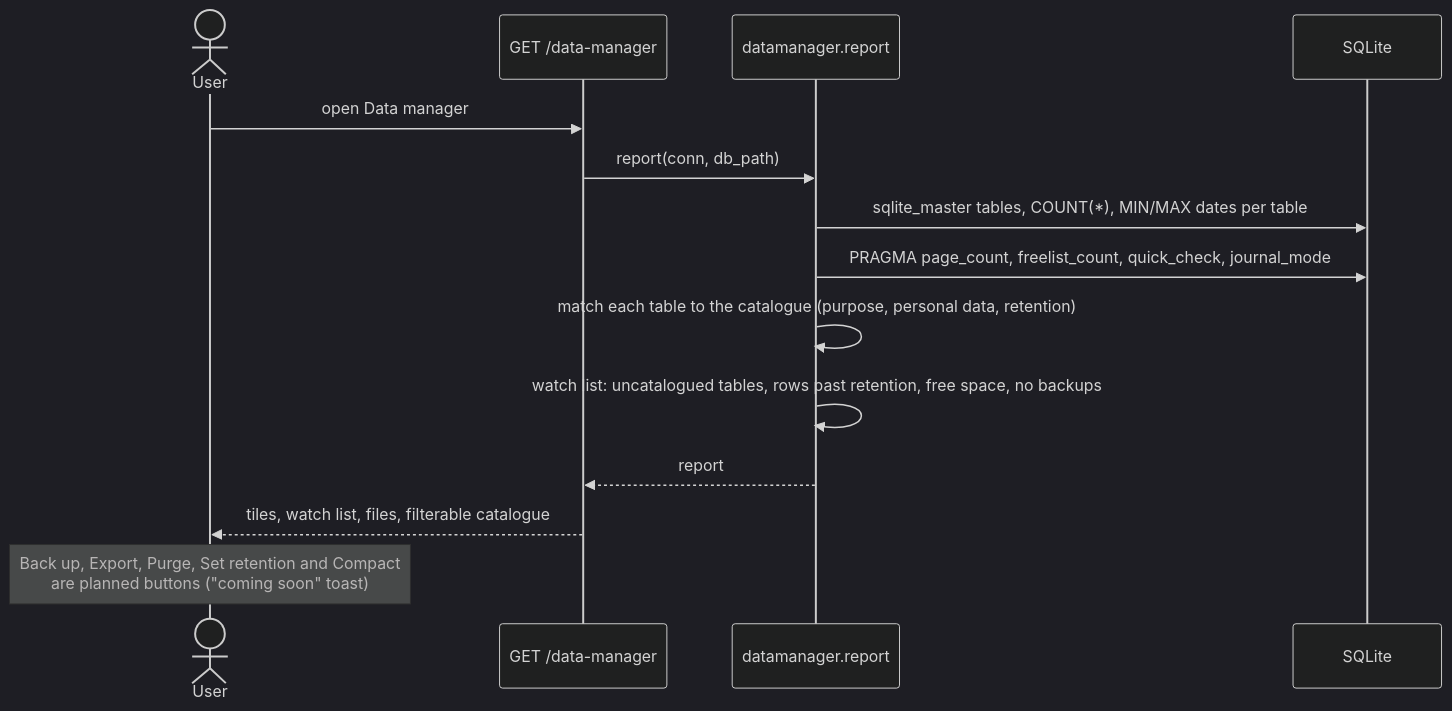
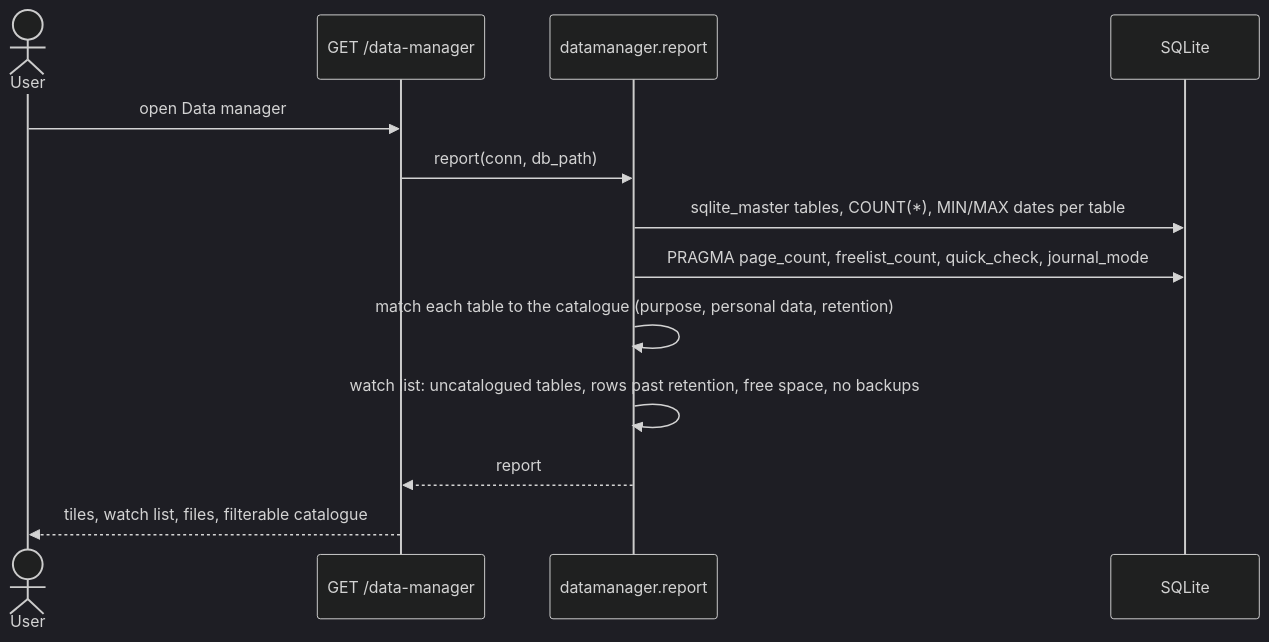
Before and after one commit to Harshitahusts/GRC-Ai: the tenth of 12 diagrams in docs/SYSTEM_DESIGN.md, drawn with Mermaid (dark theme). The commit also changed other lines of this file and 79 other files, not shown here.

````diff
--- a/docs/SYSTEM_DESIGN.md
+++ b/docs/SYSTEM_DESIGN.md
@@ -247,16 +246,15 @@
 ```mermaid
 sequenceDiagram
   actor U as User
   participant S as GET /data-manager
   participant M as datamanager.report
   participant D as SQLite
   U->>S: open Data manager
   S->>M: report(conn, db_path)
   M->>D: sqlite_master tables, COUNT(*), MIN/MAX dates per table
   M->>D: PRAGMA page_count, freelist_count, quick_check, journal_mode
   M->>M: match each table to the catalogue (purpose, personal data, retention)
   M->>M: watch list: uncatalogued tables, rows past retention, free space, no backups
   M-->>S: report
   S-->>U: tiles, watch list, files, filterable catalogue
-  Note over U: Back up, Export, Purge, Set retention and Compact<br/>are planned buttons ("coming soon" toast)
 ```
````
